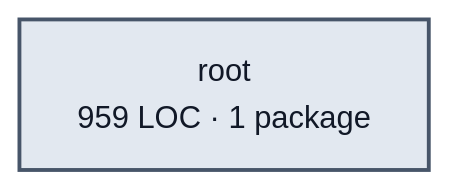
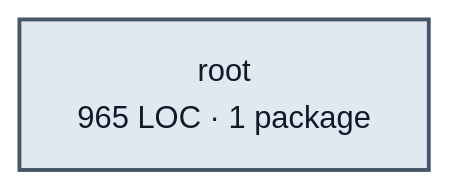
The diagram in docs/architecture/visualizations/services/edges.md (portpowered/you-agent-factory), drawn with Mermaid before and after one commit. The commit also changed other lines of this file and 20 other files, not shown here.

Commit message:
docs: refresh backend architecture visualizations

````diff
--- a/docs/architecture/visualizations/services/edges.md
+++ b/docs/architecture/visualizations/services/edges.md
@@ -11,5 +11,5 @@
 ```mermaid
 flowchart LR
-  p0["root<br/>959 LOC · 1 package"]
+  p0["root<br/>965 LOC · 1 package"]
   style p0 fill:#e2e8f0,stroke:#475569,stroke-width:2px,color:#111827
 ```
````
